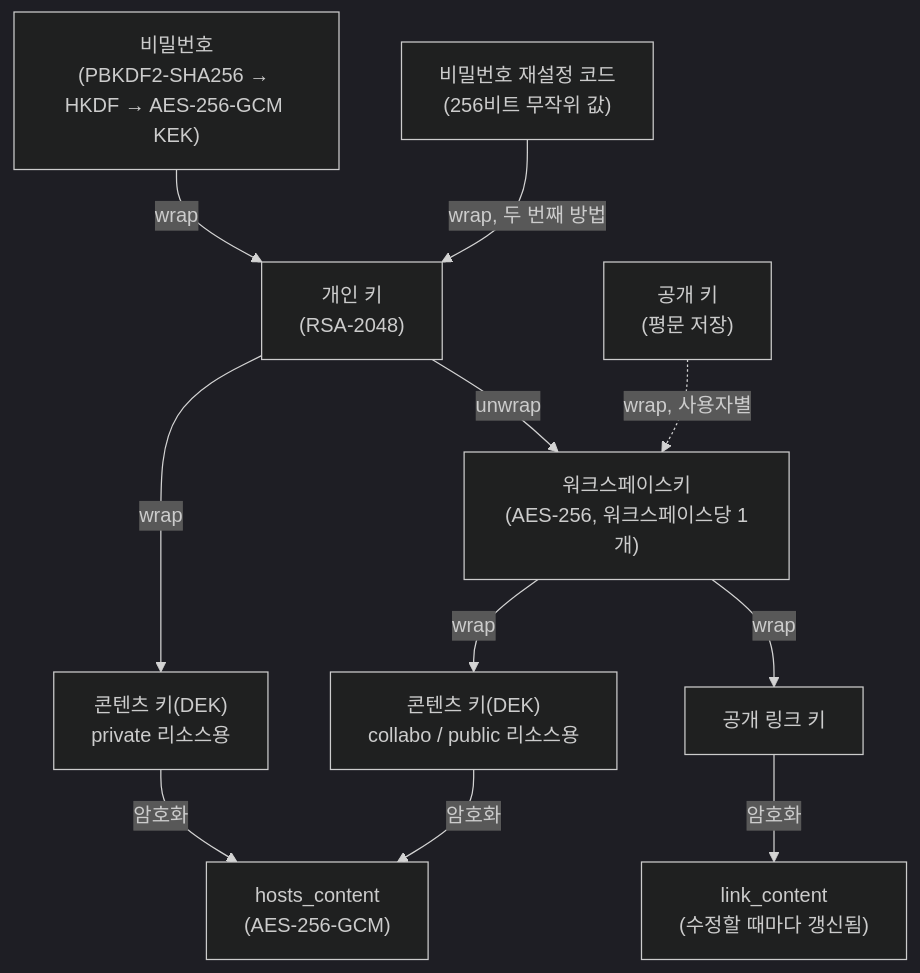
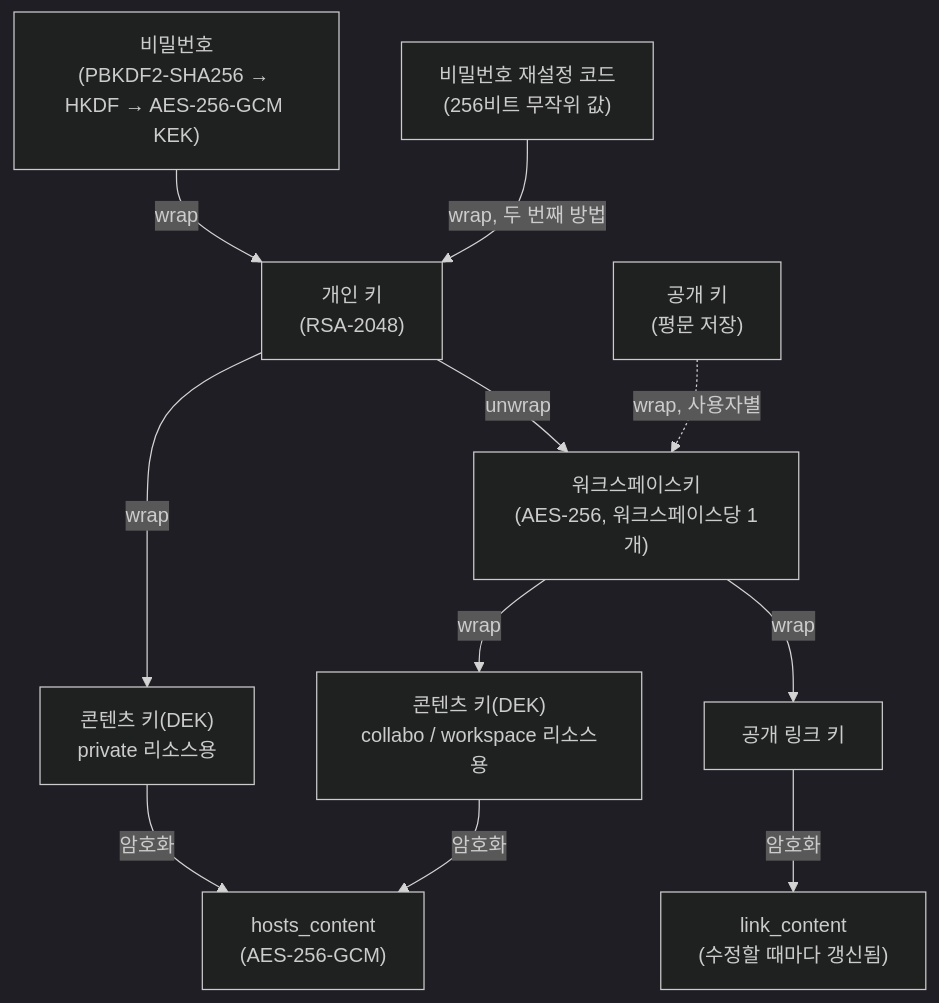
Before and after one commit to tricatch/oeHub: the diagram in docs/05-end-to-end-encryption.md, drawn with Mermaid (dark theme). The commit also changed other lines of this file and 39 other files, not shown here.

````diff
--- a/docs/05-end-to-end-encryption.md
+++ b/docs/05-end-to-end-encryption.md
@@ -22,13 +22,13 @@
 ```mermaid
 flowchart TD
     PW["비밀번호\n(PBKDF2-SHA256 → HKDF → AES-256-GCM KEK)"] -->|wrap| PRIV["개인 키\n(RSA-2048)"]
     REC["비밀번호 재설정 코드\n(256비트 무작위 값)"] -->|wrap, 두 번째 방법| PRIV
     PRIV -->|unwrap| WSK["워크스페이스키\n(AES-256, 워크스페이스당 1개)"]
     PUB["공개 키\n(평문 저장)"] -.->|wrap, 사용자별| WSK
-    WSK -->|wrap| DEK_PUB["콘텐츠 키(DEK)\ncollabo / public 리소스용"]
+    WSK -->|wrap| DEK_PUB["콘텐츠 키(DEK)\ncollabo / workspace 리소스용"]
     PRIV -->|wrap| DEK_PRIV["콘텐츠 키(DEK)\nprivate 리소스용"]
     DEK_PRIV -->|암호화| CONTENT["hosts_content\n(AES-256-GCM)"]
     DEK_PUB -->|암호화| CONTENT
     WSK -->|wrap| LINKKEY["공개 링크 키"]
     LINKKEY -->|암호화| LINKCONTENT["link_content\n(수정할 때마다 갱신됨)"]
 ```
````
